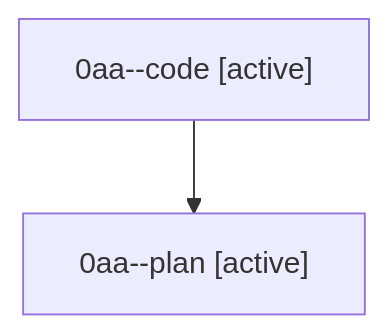
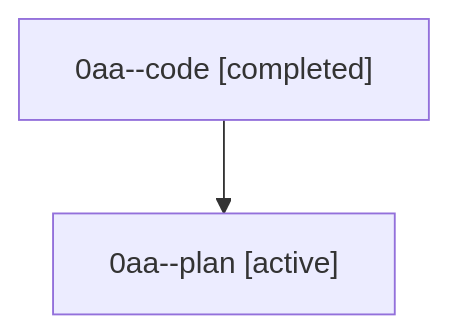
Before and after one commit to sase-org/sase--agents: the diagram in families/bbugyi200.athena.0aa.md, drawn with Mermaid. The commit also changed other lines of this file and 35830 other files, not shown here.

````diff
--- a/families/bbugyi200.athena.0aa.md
+++ b/families/bbugyi200.athena.0aa.md
@@ -9,6 +9,6 @@
 ```mermaid
 flowchart TD
-  n0["0aa--code [active]"]
+  n0["0aa--code [completed]"]
   n1["0aa--plan [active]"]
   n0 --> n1
 ```
````
